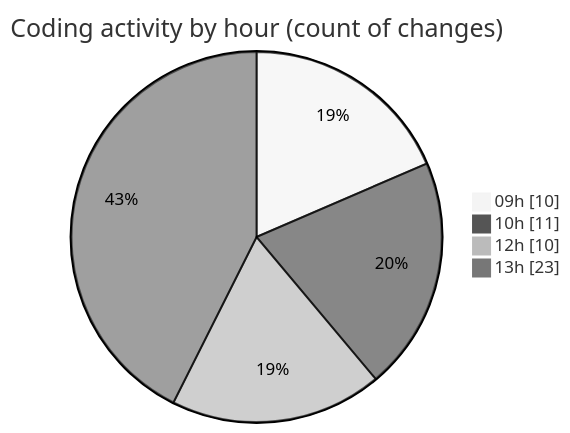
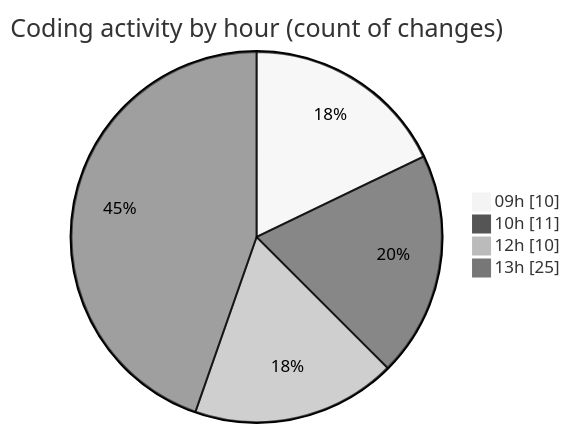
Before and after one commit to momahboobian/code-tracking: the second of 2 diagrams in 2025-09-12/cda/README.md, drawn with Mermaid (neutral theme). The commit also changed other lines of this file and 1 other file, not shown here.

````diff
--- a/2025-09-12/cda/README.md
+++ b/2025-09-12/cda/README.md
@@ -41,8 +41,8 @@
 ```mermaid
 pie showData
 title Coding activity by hour (count of changes)
 "09h" : 10
 "10h" : 11
 "12h" : 10
-"13h" : 23
+"13h" : 25
 ```
````
